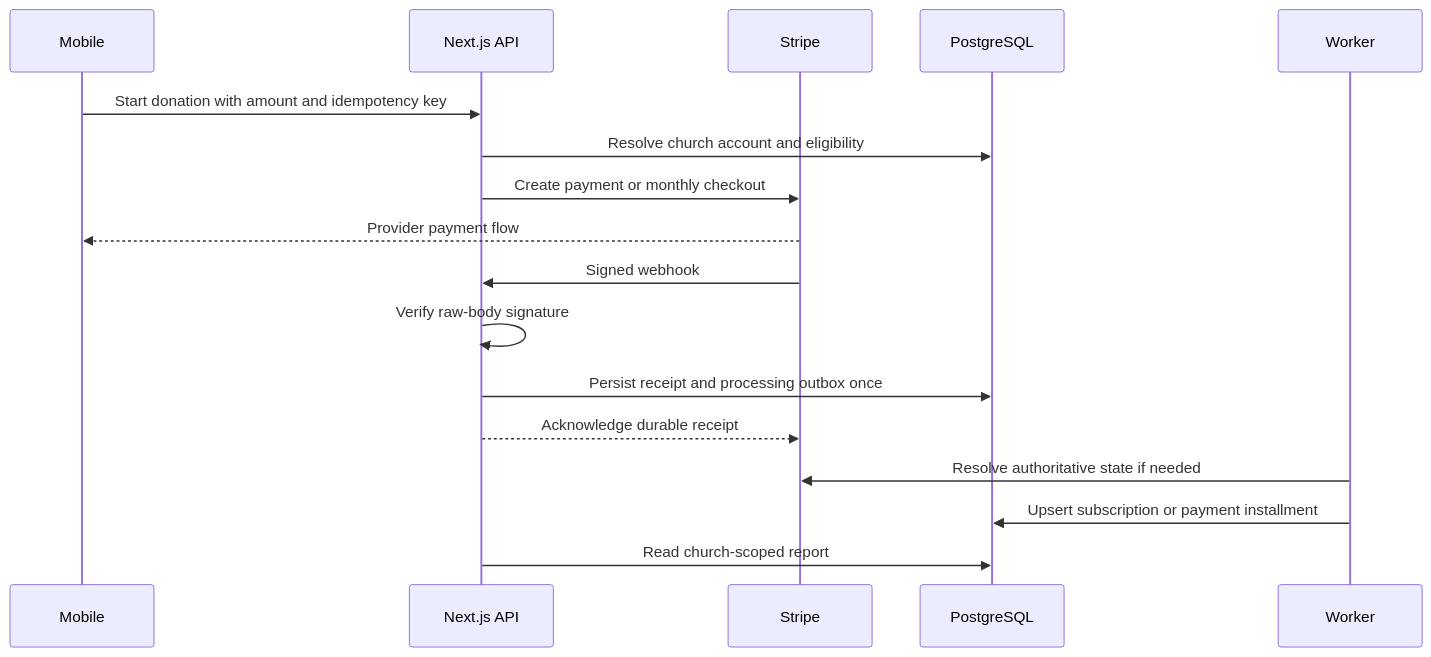
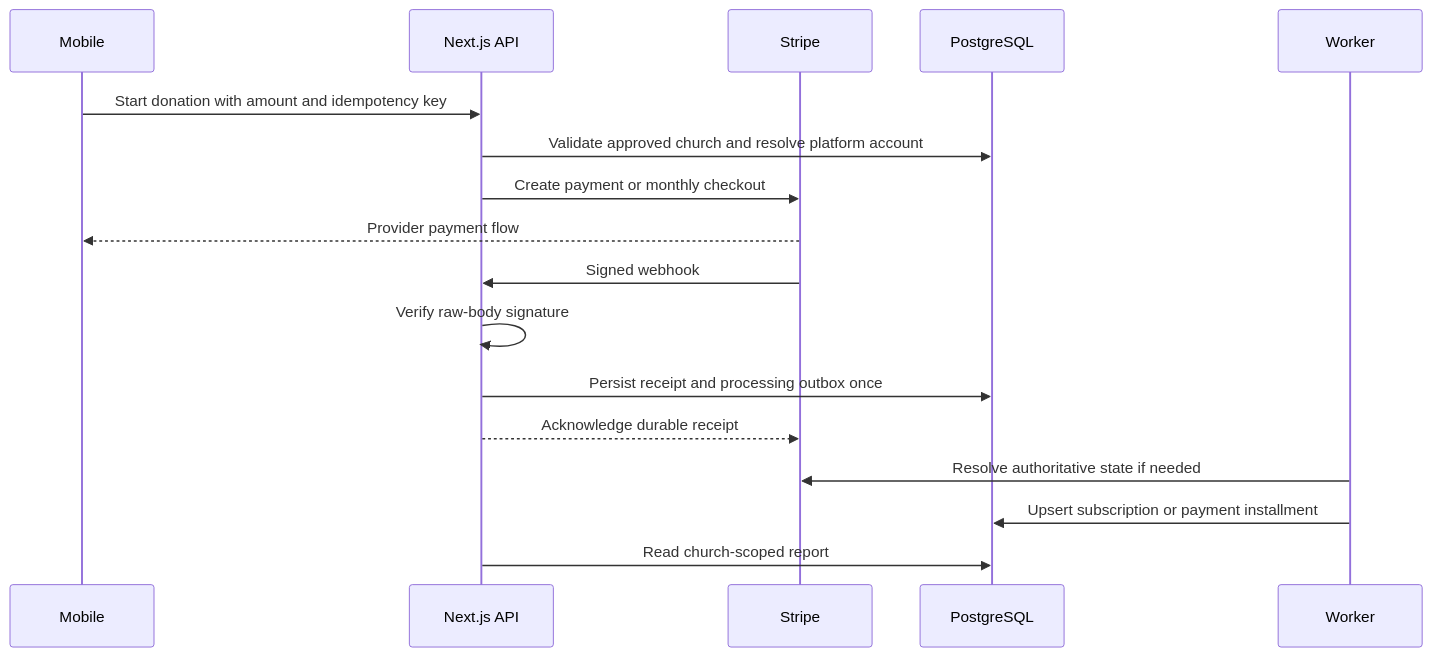
One commit to prayer365admin/website-prayer-365 changed the tenth of 16 diagrams in docs/SPEC.md. Above: the diagram before and after it, drawn with Mermaid. The commit also changed other lines of this file and 2 other files, not shown here.

First line of the commit message:
docs(donations): align spec, tasks, and Stripe guide with central platform account

````diff
--- a/docs/SPEC.md
+++ b/docs/SPEC.md
@@ -902,19 +900,19 @@
 ```mermaid
 sequenceDiagram
     participant Mobile
     participant API as Next.js API
     participant Stripe
     participant DB as PostgreSQL
     participant Worker
     Mobile->>API: Start donation with amount and idempotency key
-    API->>DB: Resolve church account and eligibility
+    API->>DB: Validate approved church and resolve platform account
     API->>Stripe: Create payment or monthly checkout
     Stripe-->>Mobile: Provider payment flow
     Stripe->>API: Signed webhook
     API->>API: Verify raw-body signature
     API->>DB: Persist receipt and processing outbox once
     API-->>Stripe: Acknowledge durable receipt
     Worker->>Stripe: Resolve authoritative state if needed
     Worker->>DB: Upsert subscription or payment installment
     API->>DB: Read church-scoped report
 ```
````
